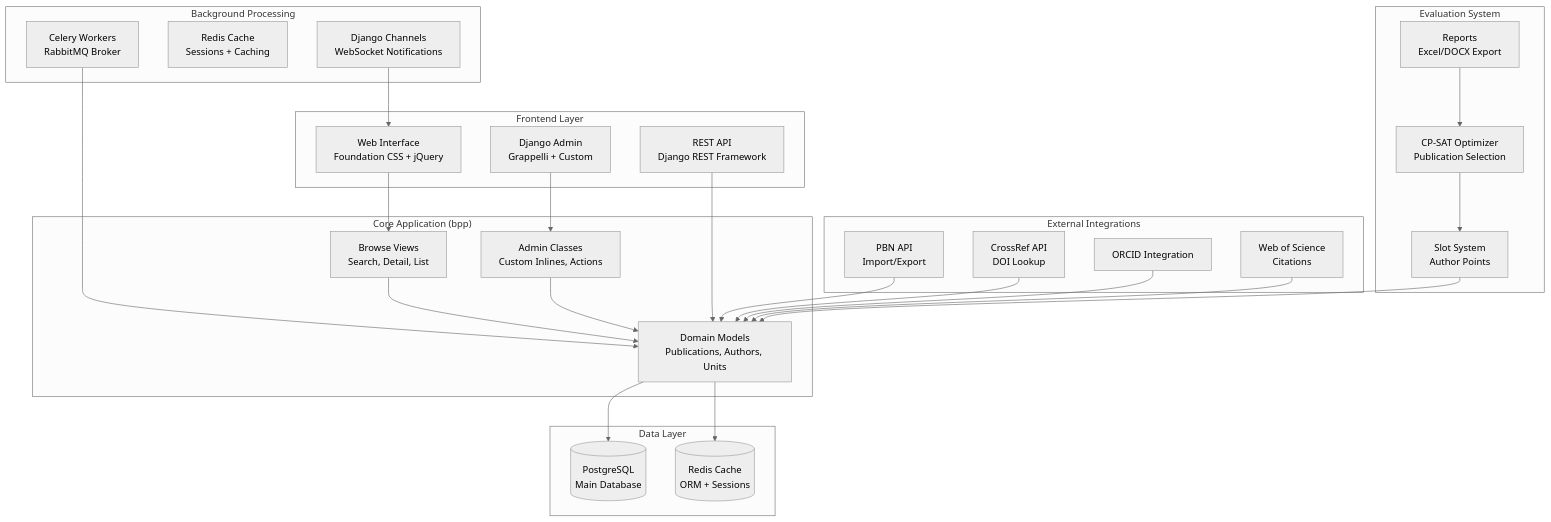
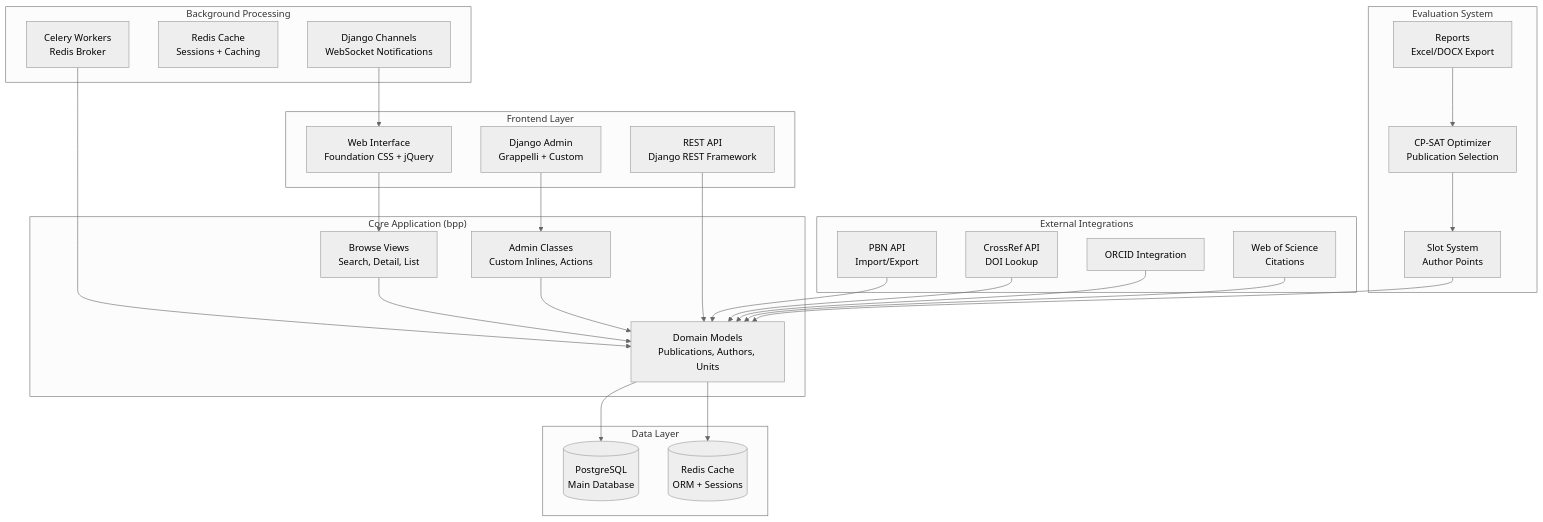
Before and after one commit to iplweb/bpp: the first of 5 diagrams in docs/CODEBASE_MAP.md, drawn with Mermaid (neutral theme). The commit also changed other lines of this file and 21 other files, not shown here.

````diff
--- a/docs/CODEBASE_MAP.md
+++ b/docs/CODEBASE_MAP.md
@@ -15,58 +15,58 @@
 ```mermaid
 graph TB
     subgraph Frontend["Frontend Layer"]
         Web[Web Interface<br/>Foundation CSS + jQuery]
         Admin[Django Admin<br/>Grappelli + Custom]
         API[REST API<br/>Django REST Framework]
     end
 
     subgraph Core["Core Application (bpp)"]
         Models[Domain Models<br/>Publications, Authors, Units]
         Views[Browse Views<br/>Search, Detail, List]
         AdminUI[Admin Classes<br/>Custom Inlines, Actions]
     end
 
     subgraph Integration["External Integrations"]
         PBN[PBN API<br/>Import/Export]
         CrossRef[CrossRef API<br/>DOI Lookup]
         ORCID[ORCID Integration]
         WoS[Web of Science<br/>Citations]
     end
 
     subgraph Evaluation["Evaluation System"]
         Slots[Slot System<br/>Author Points]
         Optimize[CP-SAT Optimizer<br/>Publication Selection]
         Reports[Reports<br/>Excel/DOCX Export]
     end
 
     subgraph Background["Background Processing"]
-        Celery[Celery Workers<br/>RabbitMQ Broker]
+        Celery[Celery Workers<br/>Redis Broker]
         Redis[Redis Cache<br/>Sessions + Caching]
         Channels[Django Channels<br/>WebSocket Notifications]
     end
 
     subgraph Data["Data Layer"]
         PostgreSQL[(PostgreSQL<br/>Main Database)]
         Cache[(Redis Cache<br/>ORM + Sessions)]
     end
 
     Web --> Views
     Admin --> AdminUI
     API --> Models
     Views --> Models
     AdminUI --> Models
     Models --> PostgreSQL
     Models --> Cache
 
     PBN --> Models
     CrossRef --> Models
     ORCID --> Models
     WoS --> Models
 
     Slots --> Models
     Optimize --> Slots
     Reports --> Optimize
 
     Celery --> Models
     Channels --> Web
 ```
````
